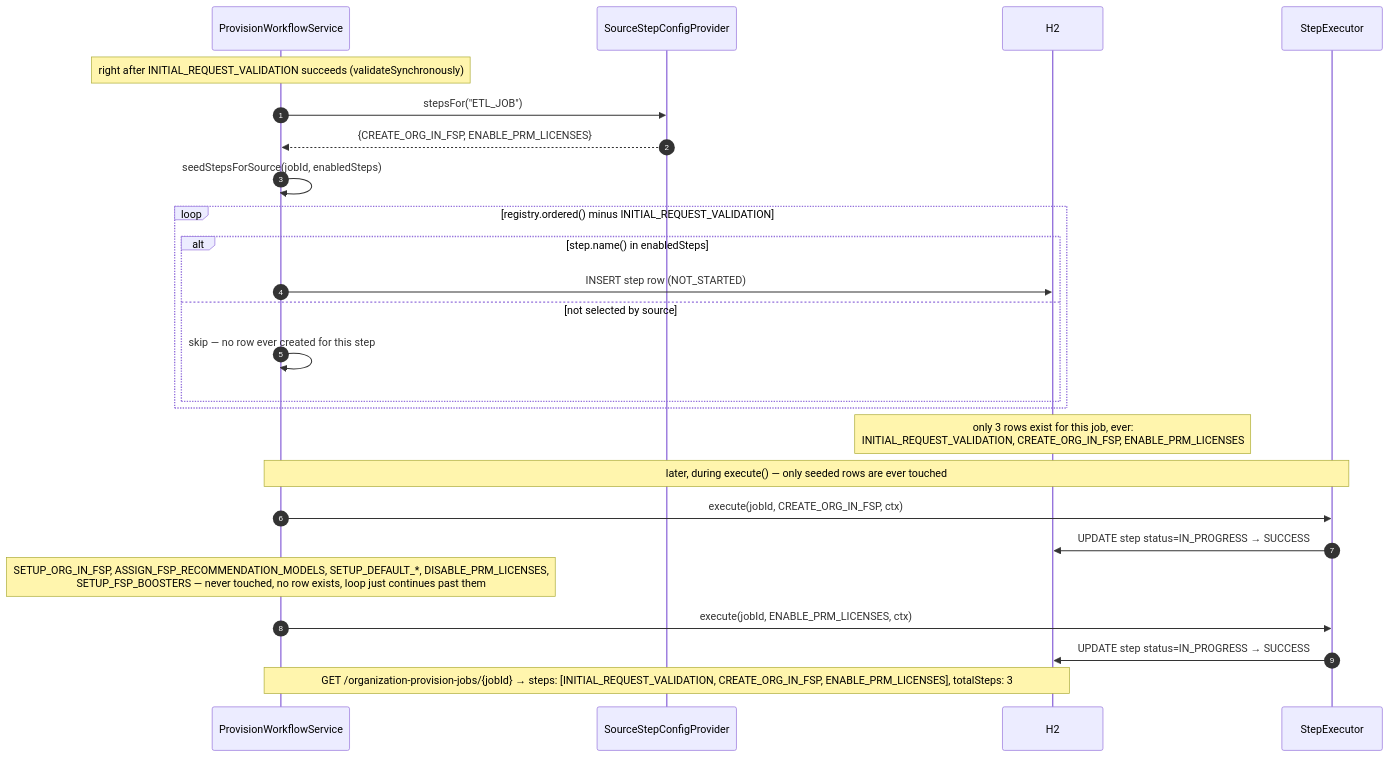
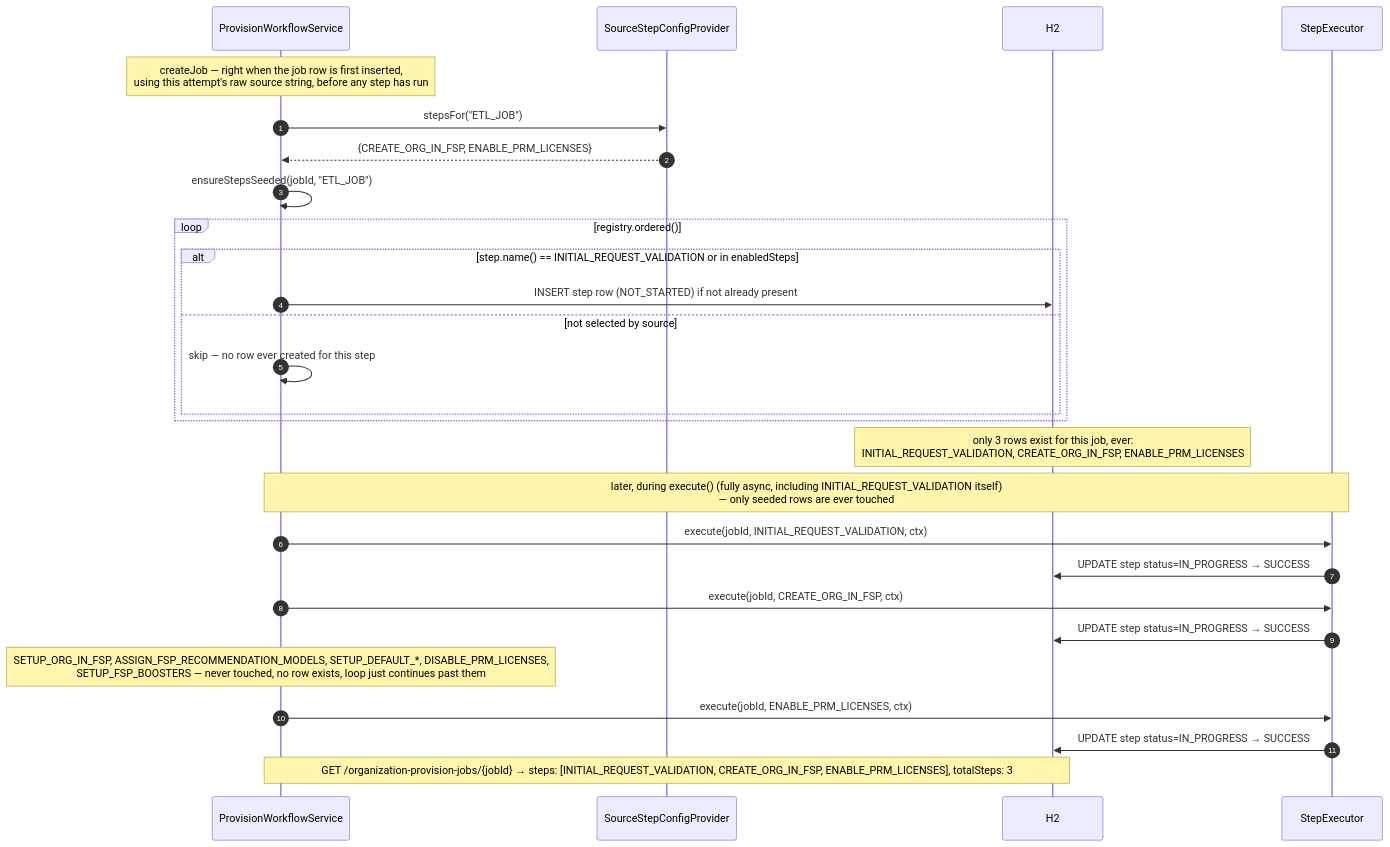
The eighth of 8 diagrams in docs/diagrams.md (bora-arch/create-org-poc), drawn with Mermaid before and after one commit. The commit also changed other lines of this file and 15 other files, not shown here.

First line of the commit message:
Seed all steps at job creation from raw source; run validation asynchronously

````diff
--- a/docs/diagrams.md
+++ b/docs/diagrams.md
@@ -360,30 +355,32 @@
 ```mermaid
 sequenceDiagram
     autonumber
     participant WS as ProvisionWorkflowService
     participant SRC as SourceStepConfigProvider
     participant DB as H2
     participant SE as StepExecutor
 
-    Note over WS: right after INITIAL_REQUEST_VALIDATION succeeds (validateSynchronously)
+    Note over WS: createJob — right when the job row is first inserted,<br/>using this attempt's raw source string, before any step has run
     WS->>SRC: stepsFor("ETL_JOB")
     SRC-->>WS: {CREATE_ORG_IN_FSP, ENABLE_PRM_LICENSES}
-    WS->>WS: seedStepsForSource(jobId, enabledSteps)
-    loop registry.ordered() minus INITIAL_REQUEST_VALIDATION
-        alt step.name() in enabledSteps
-            WS->>DB: INSERT step row (NOT_STARTED)
+    WS->>WS: ensureStepsSeeded(jobId, "ETL_JOB")
+    loop registry.ordered()
+        alt step.name() == INITIAL_REQUEST_VALIDATION or in enabledSteps
+            WS->>DB: INSERT step row (NOT_STARTED) if not already present
         else not selected by source
             WS->>WS: skip — no row ever created for this step
         end
     end
     Note over DB: only 3 rows exist for this job, ever:<br/>INITIAL_REQUEST_VALIDATION, CREATE_ORG_IN_FSP, ENABLE_PRM_LICENSES
 
-    Note over WS,SE: later, during execute() — only seeded rows are ever touched
+    Note over WS,SE: later, during execute() (fully async, including INITIAL_REQUEST_VALIDATION itself)<br/>— only seeded rows are ever touched
+    WS->>SE: execute(jobId, INITIAL_REQUEST_VALIDATION, ctx)
+    SE->>DB: UPDATE step status=IN_PROGRESS → SUCCESS
     WS->>SE: execute(jobId, CREATE_ORG_IN_FSP, ctx)
     SE->>DB: UPDATE step status=IN_PROGRESS → SUCCESS
     Note over WS: SETUP_ORG_IN_FSP, ASSIGN_FSP_RECOMMENDATION_MODELS, SETUP_DEFAULT_*, DISABLE_PRM_LICENSES,<br/>SETUP_FSP_BOOSTERS — never touched, no row exists, loop just continues past them
     WS->>SE: execute(jobId, ENABLE_PRM_LICENSES, ctx)
     SE->>DB: UPDATE step status=IN_PROGRESS → SUCCESS
 
     Note over WS,DB: GET /organization-provision-jobs/{jobId} → steps: [INITIAL_REQUEST_VALIDATION, CREATE_ORG_IN_FSP, ENABLE_PRM_LICENSES], totalSteps: 3
 ```
````
